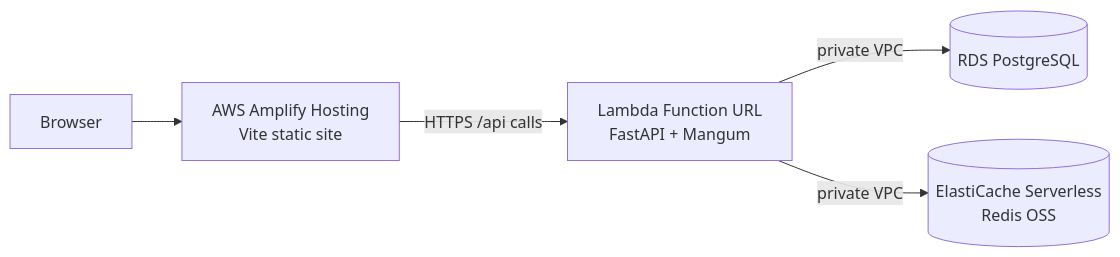
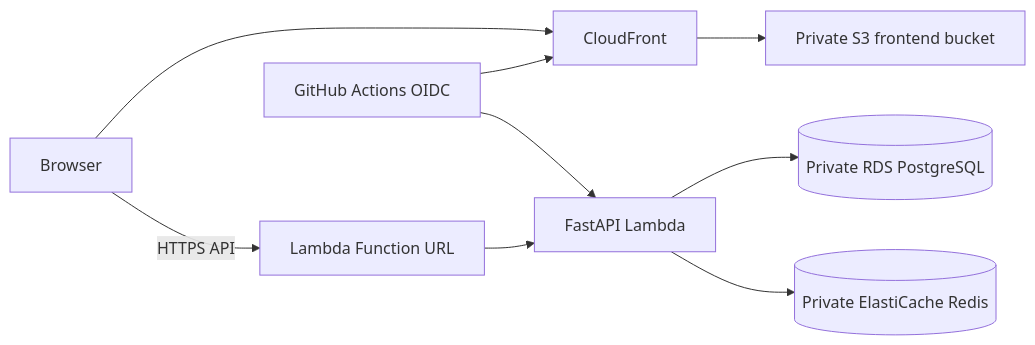
One commit to delirium95/my_project changed the diagram in docs/cloud-deployment.md. Above: the diagram before and after it, drawn with Mermaid. The commit also changed other lines of this file and 15 other files, not shown here.

Commit message:
Automate AWS foundation and frontend delivery

````diff
--- a/docs/cloud-deployment.md
+++ b/docs/cloud-deployment.md
@@ -7,7 +6,11 @@
 ```mermaid
 flowchart LR
-  Browser --> Amplify[AWS Amplify Hosting\nVite static site]
-  Amplify -->|HTTPS /api calls| Lambda[Lambda Function URL\nFastAPI + Mangum]
-  Lambda -->|private VPC| RDS[(RDS PostgreSQL)]
-  Lambda -->|private VPC| Redis[(ElastiCache Serverless\nRedis OSS)]
+  Browser --> CF[CloudFront]
+  CF --> S3[Private S3 frontend bucket]
+  Browser -->|HTTPS API| URL[Lambda Function URL]
+  URL --> API[FastAPI Lambda]
+  API --> RDS[(Private RDS PostgreSQL)]
+  API --> Redis[(Private ElastiCache Redis)]
+  CI[GitHub Actions OIDC] --> CF
+  CI --> API
 ```
````
